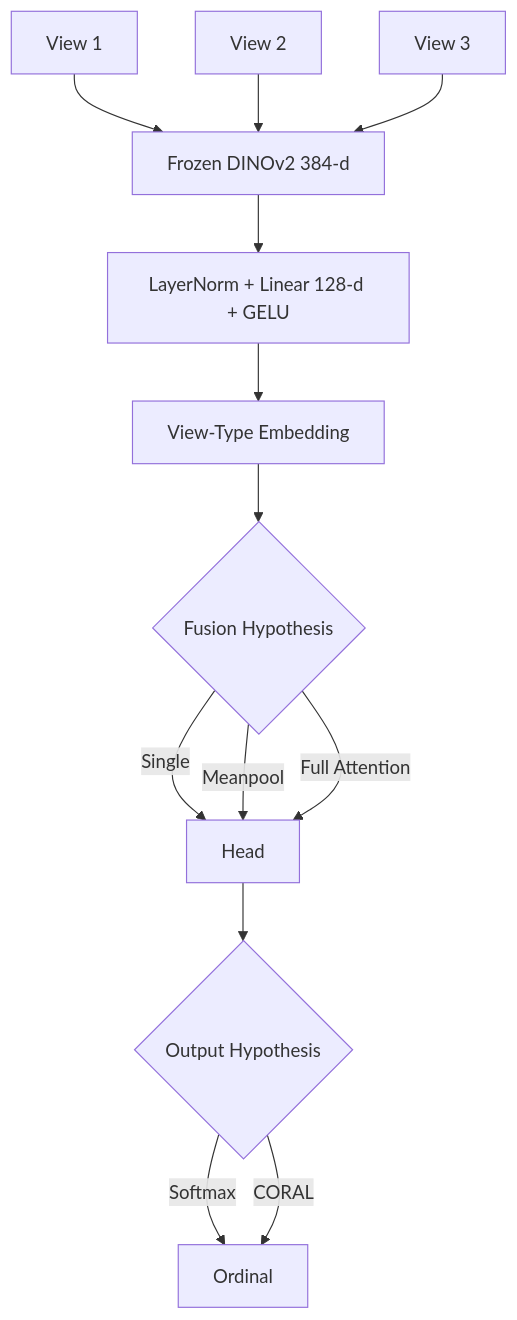
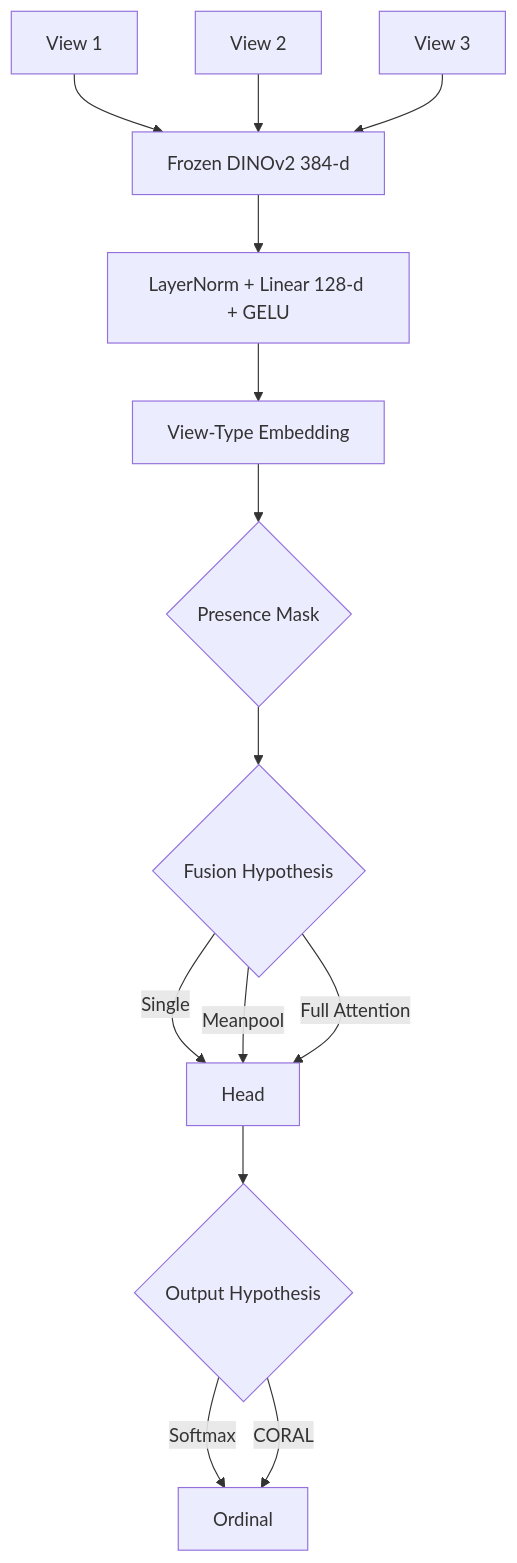
The second of 5 diagrams in PRESENTATION.md (zok213/DAT1), drawn with Mermaid before and after one commit. The commit also changed other lines of this file, not shown here.

Commit message:
docs: Revert speaker script and embed charts into visual blocks only

````diff
--- a/PRESENTATION.md
+++ b/PRESENTATION.md
@@ -76,13 +71,14 @@
 ```mermaid
 graph TD
     V1[View 1] & V2[View 2] & V3[View 3] --> DINO[Frozen DINOv2 384-d]
     DINO --> LN[LayerNorm + Linear 128-d + GELU]
     LN --> VE[View-Type Embedding]
-    VE --> F{Fusion Hypothesis}
+    VE --> P{Presence Mask}
+    P --> F{Fusion Hypothesis}
     F -- Single --> H[Head]
     F -- Meanpool --> H
     F -- Full Attention --> H
     H --> O{Output Hypothesis}
     O -- Softmax --> OUT[3 Classes]
     O -- CORAL --> OUT[Ordinal]
 ```
````
